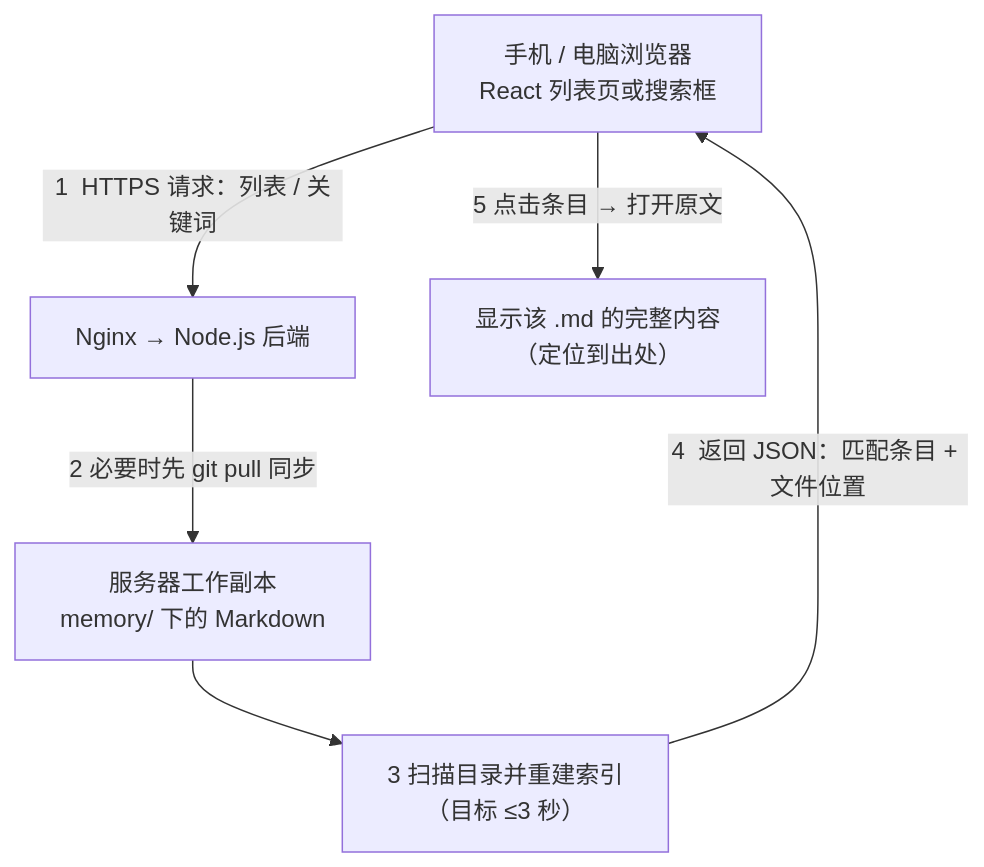
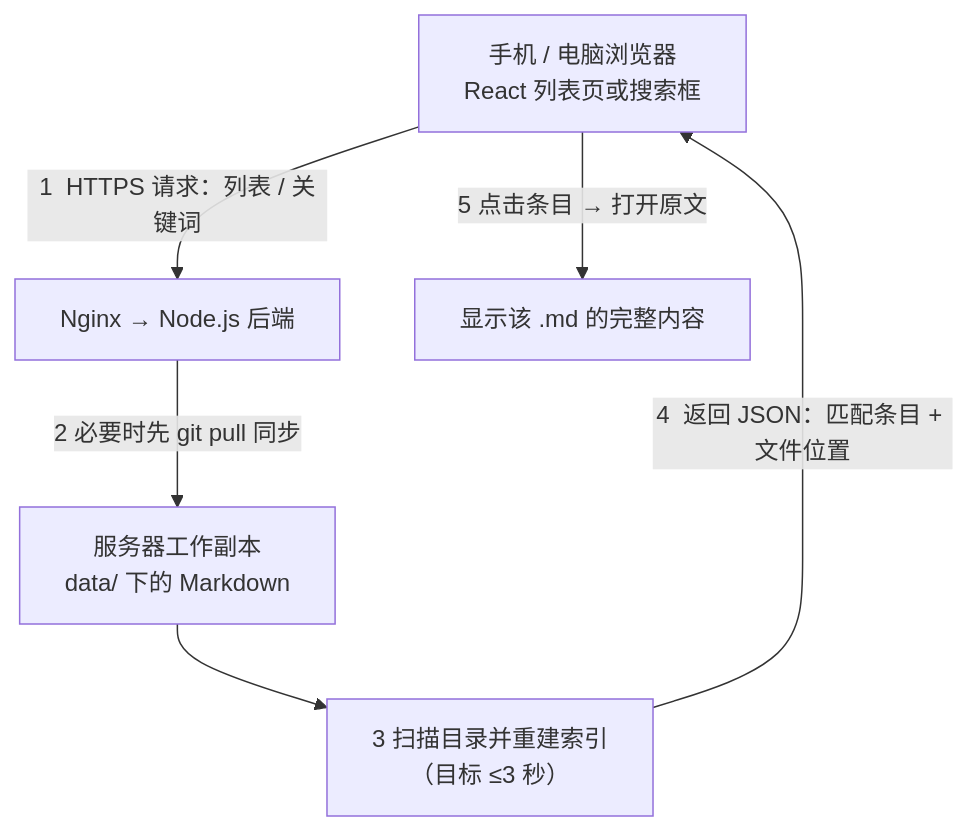
One commit to XingHo-VibeCoding/vbcd changed the second of 5 diagrams in TECH_DESIGN.md. Above: the diagram before and after it, drawn with Mermaid. The commit also changed other lines of this file and 4 other files, not shown here.

````diff
--- a/TECH_DESIGN.md
+++ b/TECH_DESIGN.md
@@ -77,8 +74,8 @@
 ```mermaid
 flowchart TD
     A["手机 / 电脑浏览器<br/>React 列表页或搜索框"] -->|"1  HTTPS 请求：列表 / 关键词"| B["Nginx → Node.js 后端"]
-    B -->|"2  必要时先 git pull 同步"| C["服务器工作副本<br/>memory/ 下的 Markdown"]
+    B -->|"2  必要时先 git pull 同步"| C["服务器工作副本<br/>data/ 下的 Markdown"]
     C --> D["3  扫描目录并重建索引<br/>（目标 ≤3 秒）"]
     D -->|"4  返回 JSON：匹配条目 + 文件位置"| A
-    A -->|"5  点击条目 → 打开原文"| E["显示该 .md 的完整内容<br/>（定位到出处）"]
+    A -->|"5  点击条目 → 打开原文"| E["显示该 .md 的完整内容"]
 ```
````
